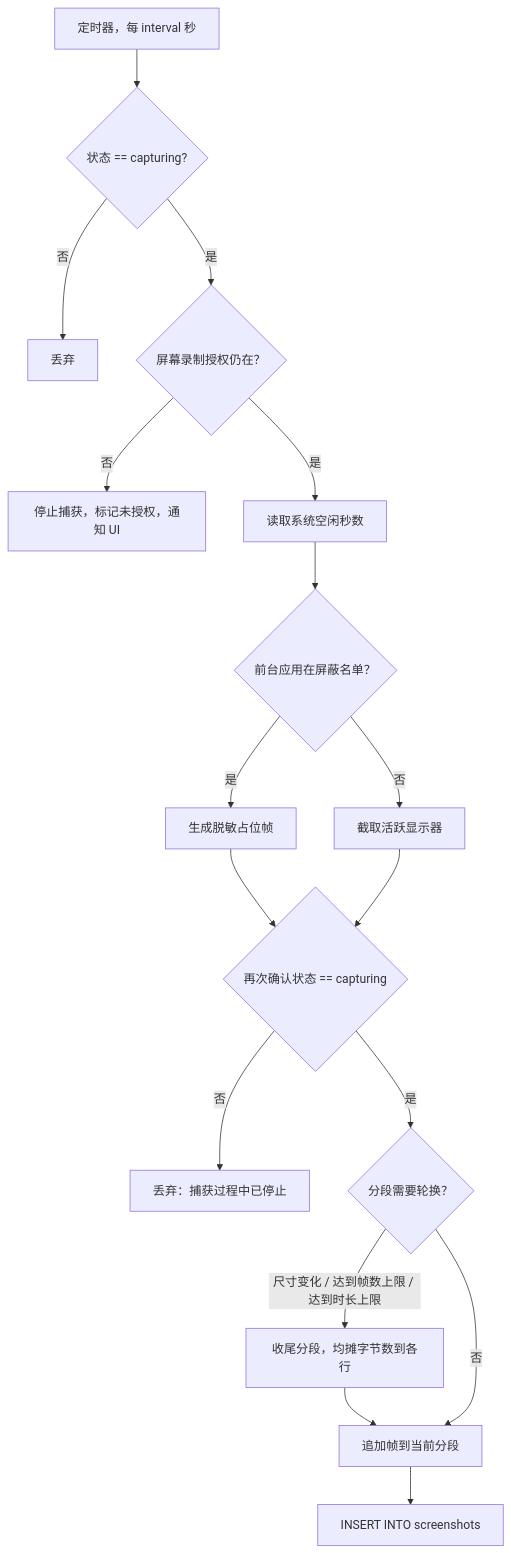
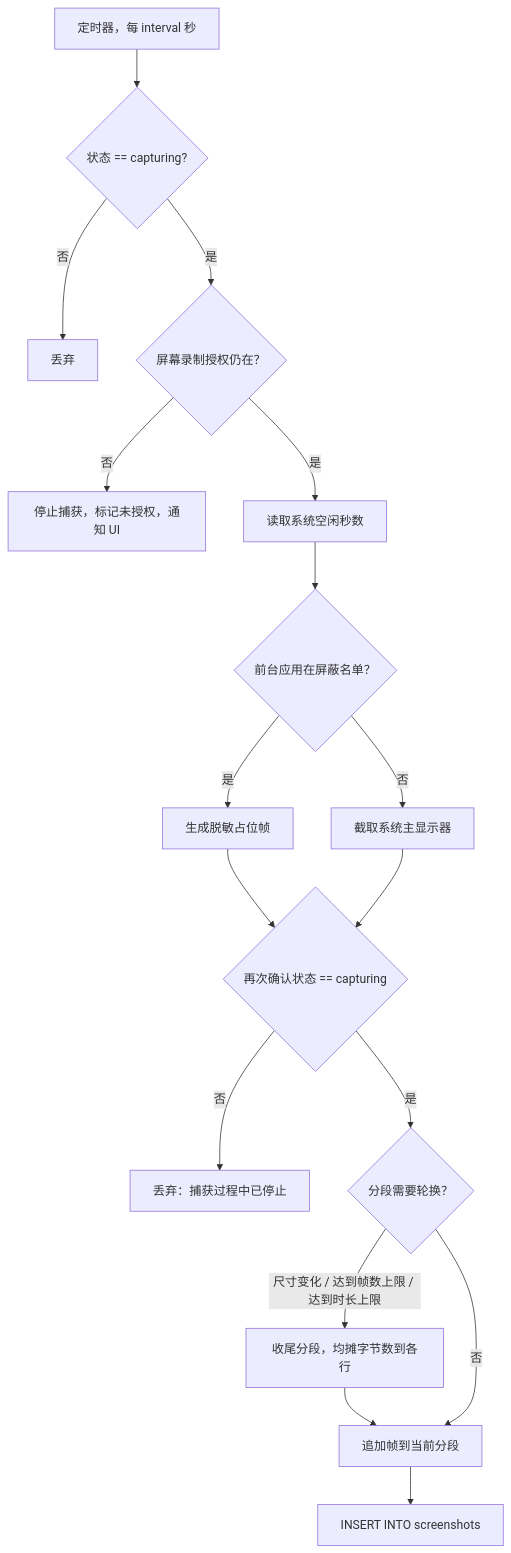
Before and after one commit to Jwz-git/Daygo: the first of 4 diagrams in docs/04-data-flow.md, drawn with Mermaid. The commit also changed other lines of this file and 22 other files, not shown here.

````diff
--- a/docs/04-data-flow.md
+++ b/docs/04-data-flow.md
@@ -13,19 +13,19 @@
 ```mermaid
 flowchart TD
     A["定时器，每 interval 秒"] --> B{"状态 == capturing?"}
     B -->|否| Z1["丢弃"]
     B -->|是| C{"屏幕录制授权仍在？"}
     C -->|否| Z2["停止捕获，标记未授权，通知 UI"]
     C -->|是| D["读取系统空闲秒数"]
     D --> E{"前台应用在屏蔽名单？"}
     E -->|是| F["生成脱敏占位帧"]
-    E -->|否| G["截取活跃显示器"]
+    E -->|否| G["截取系统主显示器"]
     F --> I
     G --> I{"再次确认状态 == capturing"}
     I -->|否| Z3["丢弃：捕获过程中已停止"]
     I -->|是| J{"分段需要轮换？"}
     J -->|"尺寸变化 / 达到帧数上限 / 达到时长上限"| K["收尾分段，均摊字节数到各行"]
     K --> L
     J -->|否| L["追加帧到当前分段"]
     L --> M["INSERT INTO screenshots"]
 ```
````
